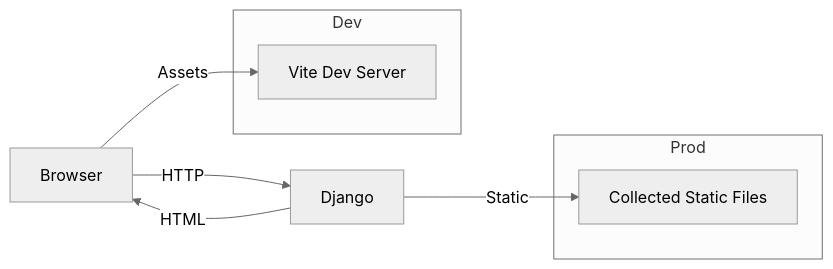
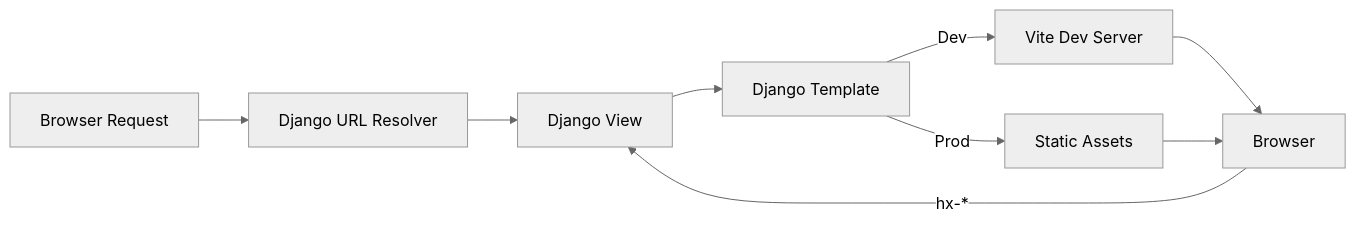
Before and after one commit to seanwhs/Tutorials: the first of 2 diagrams in Full-Stack/Supercharge-Django-Vite-Tailwind-&-HTMX.md, drawn with Mermaid (neutral theme). The commit also changed other lines of this file, not shown here.

````diff
--- a/Full-Stack/Supercharge-Django-Vite-Tailwind-&-HTMX.md
+++ b/Full-Stack/Supercharge-Django-Vite-Tailwind-&-HTMX.md
@@ -32,16 +26,11 @@
 ```mermaid
 flowchart LR
-    Browser -->|HTTP| Django
-    Django -->|HTML| Browser
-
-    Browser -->|Assets| ViteDev[Vite Dev Server]
-    Django -->|Static| DjangoStatic[Collected Static Files]
-
-    subgraph Dev
-        ViteDev
-    end
-
-    subgraph Prod
-        DjangoStatic
-    end
+    A[Browser Request] --> B[Django URL Resolver]
+    B --> C[Django View]
+    C --> D[Django Template]
+    D -->|Dev| E[Vite Dev Server]
+    D -->|Prod| F[Static Assets]
+    E --> G[Browser]
+    F --> G[Browser]
+    G -->|hx-*| C
 ```
````
